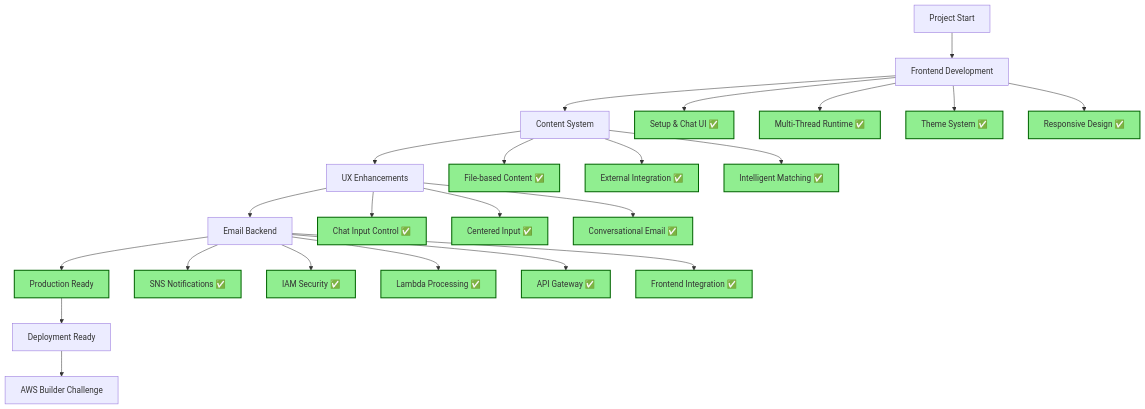
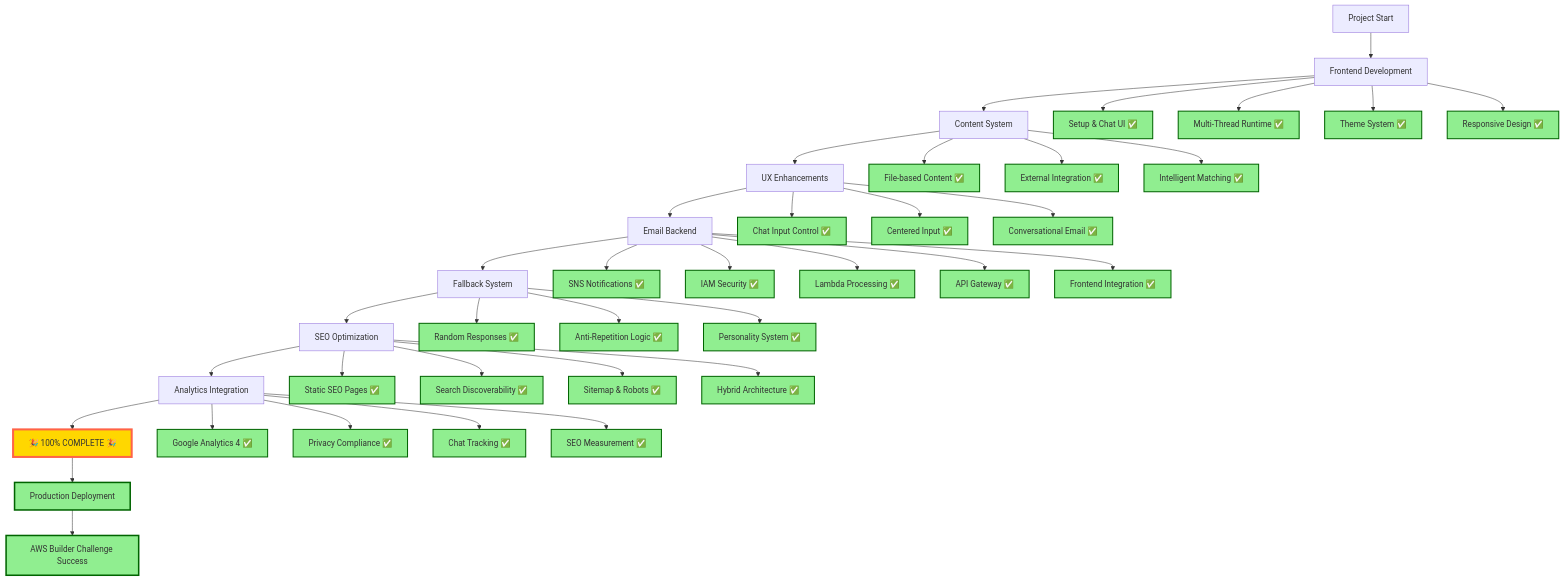
Before and after one commit to robertoallende/allende: the diagram in dev_log/status.mmd, drawn with Mermaid. The commit also changed 1 other file, not shown here.

```diff
--- a/dev_log/status.mmd
+++ b/dev_log/status.mmd
@@ -1,51 +1,57 @@
 graph TD
     A[Project Start] --> B[Frontend Development]
     B --> C[Content System]
     C --> D[UX Enhancements]
     D --> E[Email Backend]
-    E --> F[Production Ready]
+    E --> F[Fallback System]
+    F --> G[SEO Optimization]
+    G --> H[Analytics Integration]
+    H --> I[🎉 100% COMPLETE 🎉]
     
     B --> B1[Setup & Chat UI ✅]
     B --> B2[Multi-Thread Runtime ✅]
     B --> B3[Theme System ✅]
     B --> B4[Responsive Design ✅]
     
     C --> C1[File-based Content ✅]
     C --> C2[External Integration ✅]
     C --> C3[Intelligent Matching ✅]
     
     D --> D1[Chat Input Control ✅]
     D --> D2[Centered Input ✅]
     D --> D3[Conversational Email ✅]
     
     E --> E1[SNS Notifications ✅]
     E --> E2[IAM Security ✅]
     E --> E3[Lambda Processing ✅]
     E --> E4[API Gateway ✅]
     E --> E5[Frontend Integration ✅]
     
-    F --> G[Deployment Ready]
-    G --> H[AWS Builder Challenge]
+    F --> F1[Random Responses ✅]
+    F --> F2[Anti-Repetition Logic ✅]
+    F --> F3[Personality System ✅]
     
-    style B1 fill:#90EE90
-    style B2 fill:#90EE90
-    style B3 fill:#90EE90
-    style B4 fill:#90EE90
-    style C1 fill:#90EE90
-    style C2 fill:#90EE90
-    style C3 fill:#90EE90
-    style D1 fill:#90EE90
-    style D2 fill:#90EE90
-    style D3 fill:#90EE90
-    style E1 fill:#90EE90
-    style E2 fill:#90EE90
-    style E3 fill:#90EE90
-    style E4 fill:#90EE90
-    style E5 fill:#90EE90
-    style F fill:#90EE90
+    G --> G1[Static SEO Pages ✅]
+    G --> G2[Search Discoverability ✅]
+    G --> G3[Sitemap & Robots ✅]
+    G --> G4[Hybrid Architecture ✅]
+    
+    H --> H1[Google Analytics 4 ✅]
+    H --> H2[Privacy Compliance ✅]
+    H --> H3[Chat Tracking ✅]
+    H --> H4[SEO Measurement ✅]
+    
+    I --> J[Production Deployment]
+    J --> K[AWS Builder Challenge Success]
+    
+    style I fill:#FFD700,stroke:#FF6347,stroke-width:4px
+    style J fill:#90EE90,stroke:#006400,stroke-width:3px
+    style K fill:#90EE90,stroke:#006400,stroke-width:3px
     
     classDef completed fill:#90EE90,stroke:#006400,stroke-width:2px
-    classDef inProgress fill:#FFE4B5,stroke:#FF8C00,stroke-width:2px
-    classDef planned fill:#F0F8FF,stroke:#4682B4,stroke-width:2px
+    classDef milestone fill:#FFD700,stroke:#FF6347,stroke-width:4px
+    classDef ready fill:#98FB98,stroke:#228B22,stroke-width:3px
     
-    class B1,B2,B3,B4,C1,C2,C3,D1,D2,D3,E1,E2,E3,E4,E5,F completed
+    class B1,B2,B3,B4,C1,C2,C3,D1,D2,D3,E1,E2,E3,E4,E5,F1,F2,F3,G1,G2,G3,G4,H1,H2,H3,H4 completed
+    class I milestone
+    class J,K ready
```
